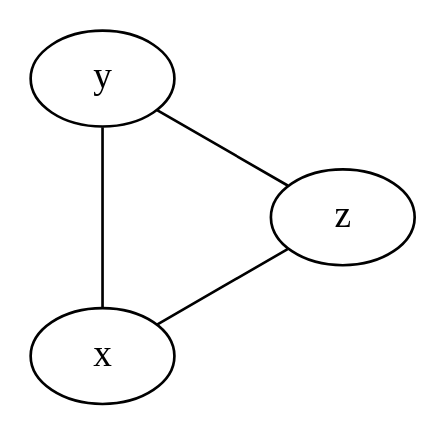
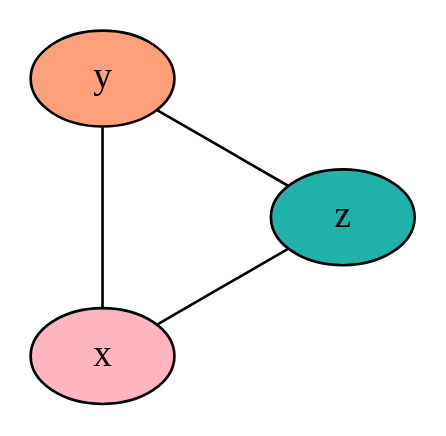
Before and after one commit to JunyuLi1/interferenceGraph: the diagram in tst/graphs/simple_success.dot, drawn with Graphviz. The commit also changed 6 other files, not shown here.

```diff
--- a/tst/graphs/simple_success.dot
+++ b/tst/graphs/simple_success.dot
@@ -1,9 +1,9 @@
 graph {
 graph [layout=circo]
-x [style="filled", fillcolor=white]
-y [style="filled", fillcolor=white]
-z [style="filled", fillcolor=white]
+x [style="filled", fillcolor=lightpink]
+y [style="filled", fillcolor=lightsalmon]
+z [style="filled", fillcolor=lightseagreen]
 x -- z
 x -- y
 y -- z
 }
```
